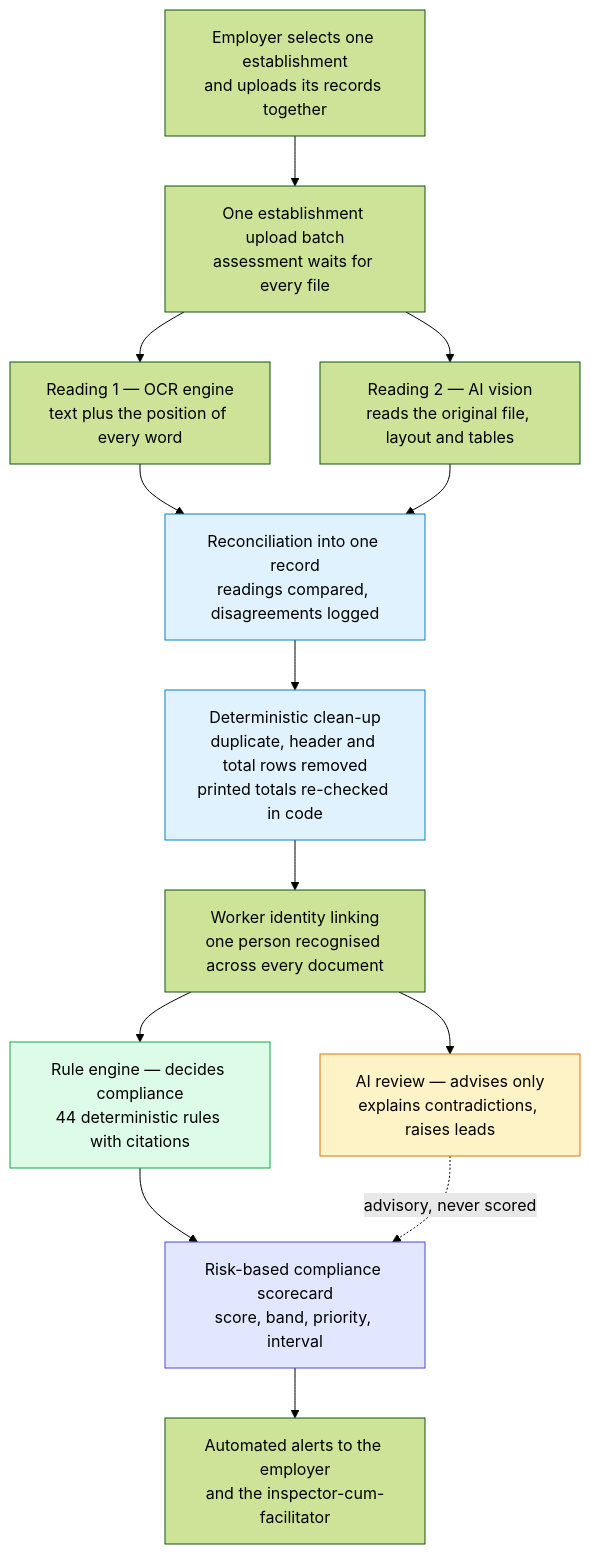
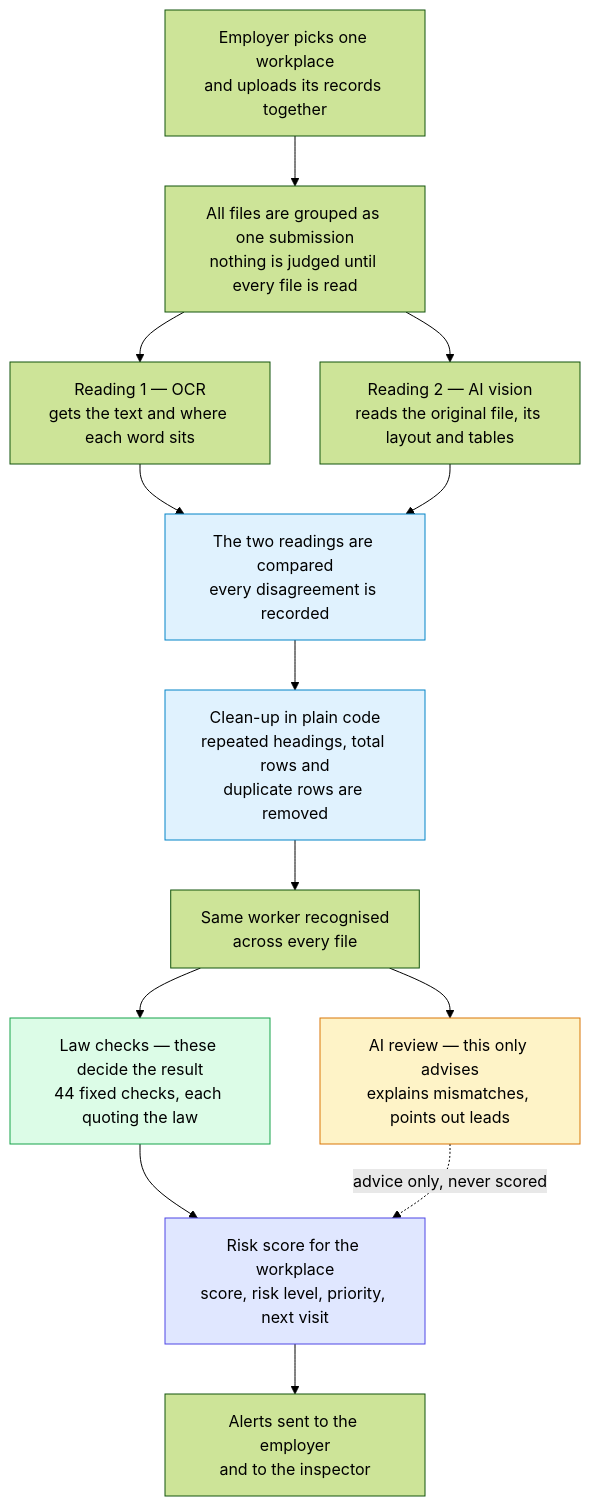
Before and after one commit to 23110572-hash/Shram-Drishti: the second of 5 diagrams in README.md, drawn with Mermaid (forest theme). The commit also changed other lines of this file, not shown here.

Commit message:
Simplify README wording and clarify law and check counts

````diff
--- a/README.md
+++ b/README.md
@@ -75,21 +86,21 @@
 ```mermaid
 flowchart TB
-    A["Employer selects one establishment<br/>and uploads its records together"] --> B["One establishment upload batch<br/>assessment waits for every file"]
-    B --> C["Reading 1 — OCR engine<br/>text plus the position of every word"]
-    B --> D["Reading 2 — AI vision<br/>reads the original file, layout and tables"]
-    C --> E["Reconciliation into one record<br/>readings compared, disagreements logged"]
+    A["Employer picks one workplace<br/>and uploads its records together"] --> B["All files are grouped as one submission<br/>nothing is judged until every file is read"]
+    B --> C["Reading 1 — OCR<br/>gets the text and where each word sits"]
+    B --> D["Reading 2 — AI vision<br/>reads the original file, its layout and tables"]
+    C --> E["The two readings are compared<br/>every disagreement is recorded"]
     D --> E
-    E --> F["Deterministic clean-up<br/>duplicate, header and total rows removed<br/>printed totals re-checked in code"]
-    F --> G["Worker identity linking<br/>one person recognised across every document"]
-    G --> H["Rule engine — decides compliance<br/>44 deterministic rules with citations"]
-    G --> I["AI review — advises only<br/>explains contradictions, raises leads"]
-    H --> J["Risk-based compliance scorecard<br/>score, band, priority, interval"]
-    I -.->|advisory, never scored| J
-    J --> K["Automated alerts to the employer<br/>and the inspector-cum-facilitator"]
+    E --> F["Clean-up in plain code<br/>repeated headings, total rows and<br/>duplicate rows are removed"]
+    F --> G["Same worker recognised<br/>across every file"]
+    G --> H["Law checks — these decide the result<br/>44 fixed checks, each quoting the law"]
+    G --> I["AI review — this only advises<br/>explains mismatches, points out leads"]
+    H --> J["Risk score for the workplace<br/>score, risk level, priority, next visit"]
+    I -.->|advice only, never scored| J
+    J --> K["Alerts sent to the employer<br/>and to the inspector"]
 
     style E fill:#e0f2fe,stroke:#0284c7
     style F fill:#e0f2fe,stroke:#0284c7
     style H fill:#dcfce7,stroke:#16a34a
     style I fill:#fef3c7,stroke:#d97706
     style J fill:#e0e7ff,stroke:#4f46e5
 ```
````
